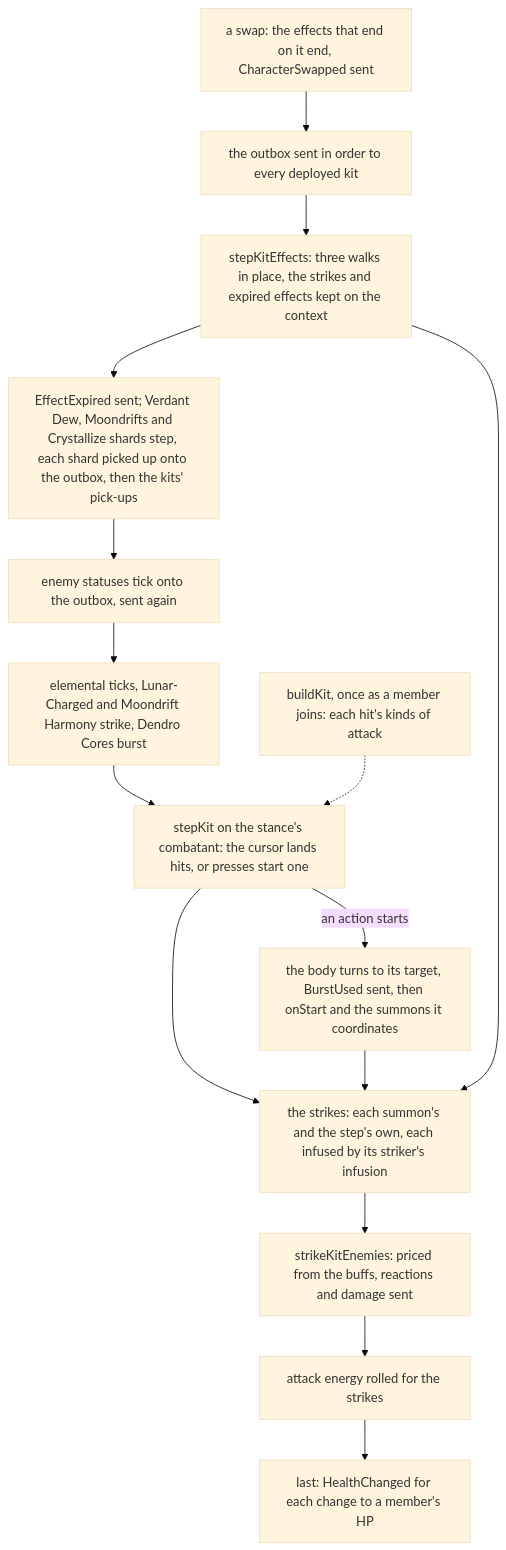
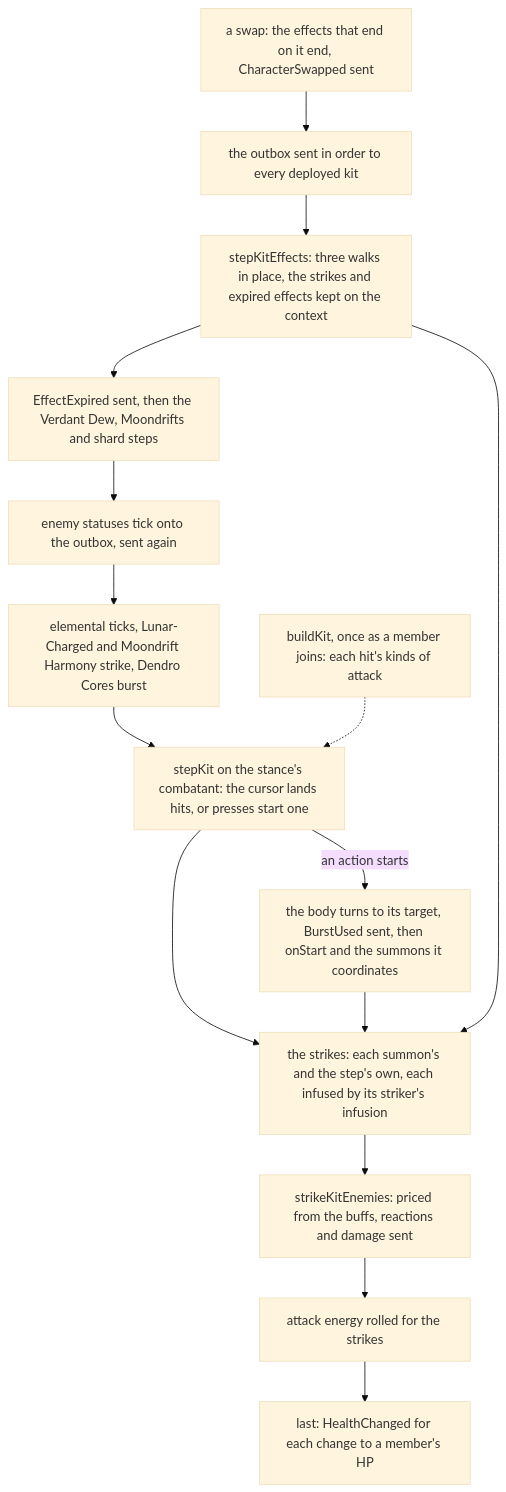
Before and after one commit to Esposter/Esposter: the fifth of 5 diagrams in openspec/specs/genshin/kits/README.md, drawn with Mermaid (base theme). The commit also changed other lines of this file and 6 other files, not shown here.

First line of the commit message:
docs(openspec): the diagram labels name a procedure and one qualifier

````diff
--- a/openspec/specs/genshin/kits/README.md
+++ b/openspec/specs/genshin/kits/README.md
@@ -274,18 +274,18 @@
 ```mermaid
 flowchart TD
   BUILD["buildKit, once as a member joins: each hit's kinds of attack"]
   SWAP["a swap: the effects that end on it end, CharacterSwapped sent"] --> OUT["the outbox sent in order to every deployed kit"]
   OUT --> EFFECTS["stepKitEffects: three walks in place, the strikes and expired effects kept on the context"]
-  EFFECTS --> PARTY["EffectExpired sent; Verdant Dew, Moondrifts and Crystallize shards step, each shard picked up onto the outbox, then the kits' pick-ups"]
+  EFFECTS --> PARTY["EffectExpired sent, then the Verdant Dew, Moondrifts and shard steps"]
   PARTY --> ENEMIES["enemy statuses tick onto the outbox, sent again"]
   ENEMIES --> REACT["elemental ticks, Lunar-Charged and Moondrift Harmony strike, Dendro Cores burst"]
   REACT --> STEP["stepKit on the stance's combatant: the cursor lands hits, or presses start one"]
   BUILD -.-> STEP
   STEP -->|"an action starts"| START["the body turns to its target, BurstUsed sent, then onStart and the summons it coordinates"]
   STEP --> STRIKES["the strikes: each summon's and the step's own, each infused by its striker's infusion"]
   START --> STRIKES
   EFFECTS --> STRIKES
   STRIKES --> PRICE["strikeKitEnemies: priced from the buffs, reactions and damage sent"]
   PRICE --> ENERGY["attack energy rolled for the strikes"]
   ENERGY --> HEALTH["last: HealthChanged for each change to a member's HP"]
 ```
````
